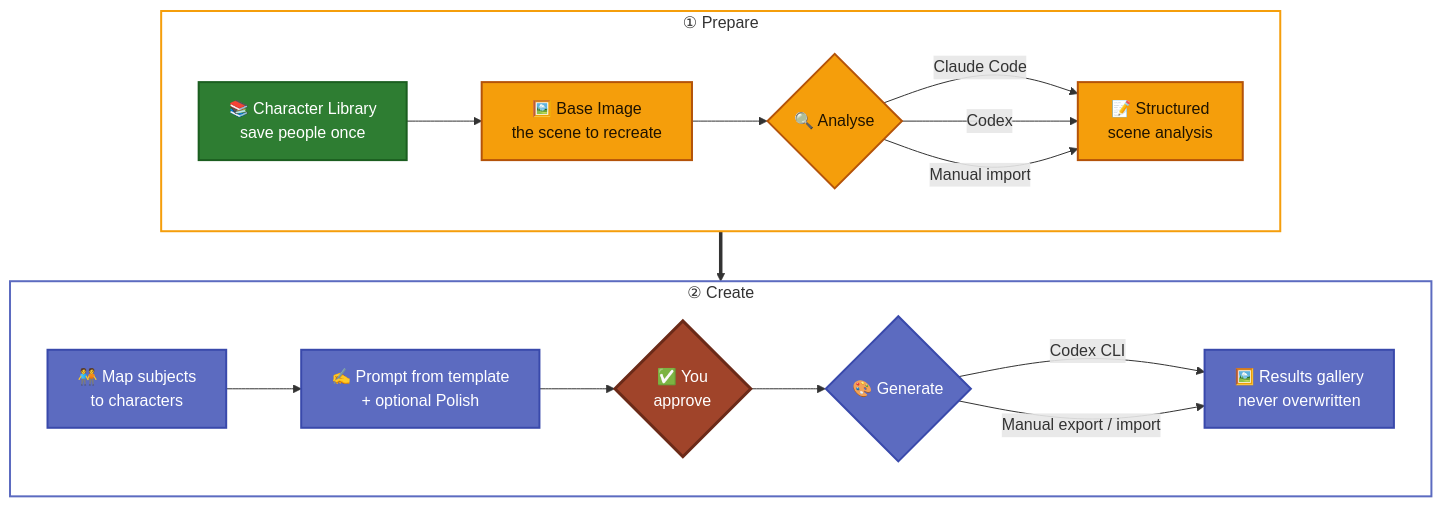
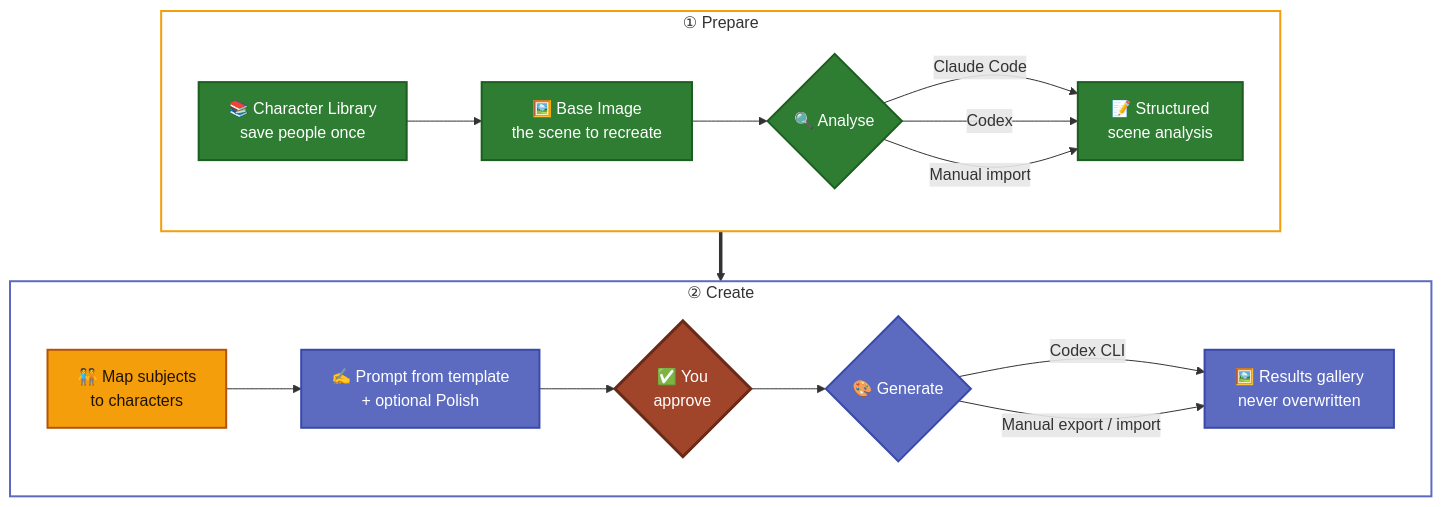
Before and after one commit to CyberSecurityChuck/Character-Studio: the first of 3 diagrams in README.md, drawn with Mermaid. The commit also changed other lines of this file and 3 other files, not shown here.

````diff
--- a/README.md
+++ b/README.md
@@ -61,27 +61,27 @@
 ```mermaid
 flowchart TB
     subgraph PREP["① Prepare"]
         direction LR
-        A["📚 Character Library<br/>save people once"]:::done --> B["🖼️ Base Image<br/>the scene to recreate"]:::next
-        B --> C{"🔍 Analyse"}:::next
-        C -->|Claude Code| D["📝 Structured<br/>scene analysis"]:::next
+        A["📚 Character Library<br/>save people once"]:::done --> B["🖼️ Base Image<br/>the scene to recreate"]:::done
+        B --> C{"🔍 Analyse"}:::done
+        C -->|Claude Code| D["📝 Structured<br/>scene analysis"]:::done
         C -->|Codex| D
         C -->|Manual import| D
     end
     subgraph CREATE["② Create"]
         direction LR
-        E["🧑‍🤝‍🧑 Map subjects<br/>to characters"]:::planned --> F["✍️ Prompt from template<br/>+ optional Polish"]:::planned
+        E["🧑‍🤝‍🧑 Map subjects<br/>to characters"]:::next --> F["✍️ Prompt from template<br/>+ optional Polish"]:::planned
         F --> G{"✅ You<br/>approve"}:::approve
         G --> H{"🎨 Generate"}:::planned
         H -->|Codex CLI| I["🖼️ Results gallery<br/>never overwritten"]:::planned
         H -->|Manual export / import| I
     end
     PREP ==> CREATE
     style PREP fill:transparent,stroke:#F59E0B,stroke-width:2px
     style CREATE fill:transparent,stroke:#5C6BC0,stroke-width:2px
 
     classDef done fill:#2E7D32,stroke:#1B5E20,color:#ffffff,stroke-width:2px
     classDef next fill:#F59E0B,stroke:#B45309,color:#1F1300,stroke-width:2px
     classDef planned fill:#5C6BC0,stroke:#3949AB,color:#ffffff,stroke-width:2px
     classDef approve fill:#A0442A,stroke:#6B2A18,color:#ffffff,stroke-width:3px
 ```
````
